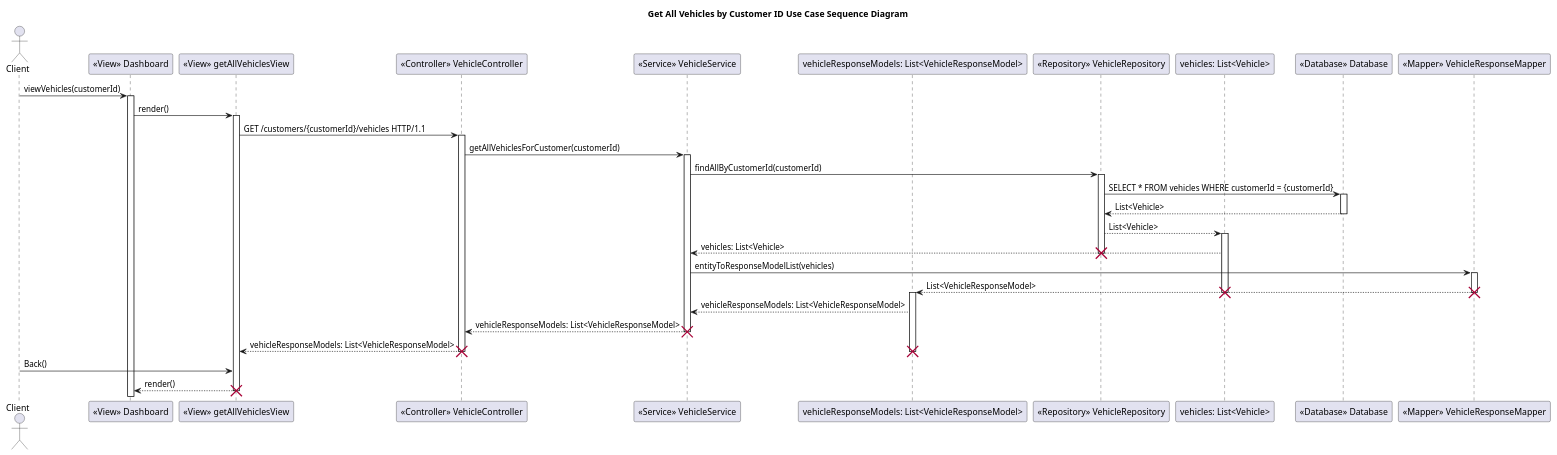
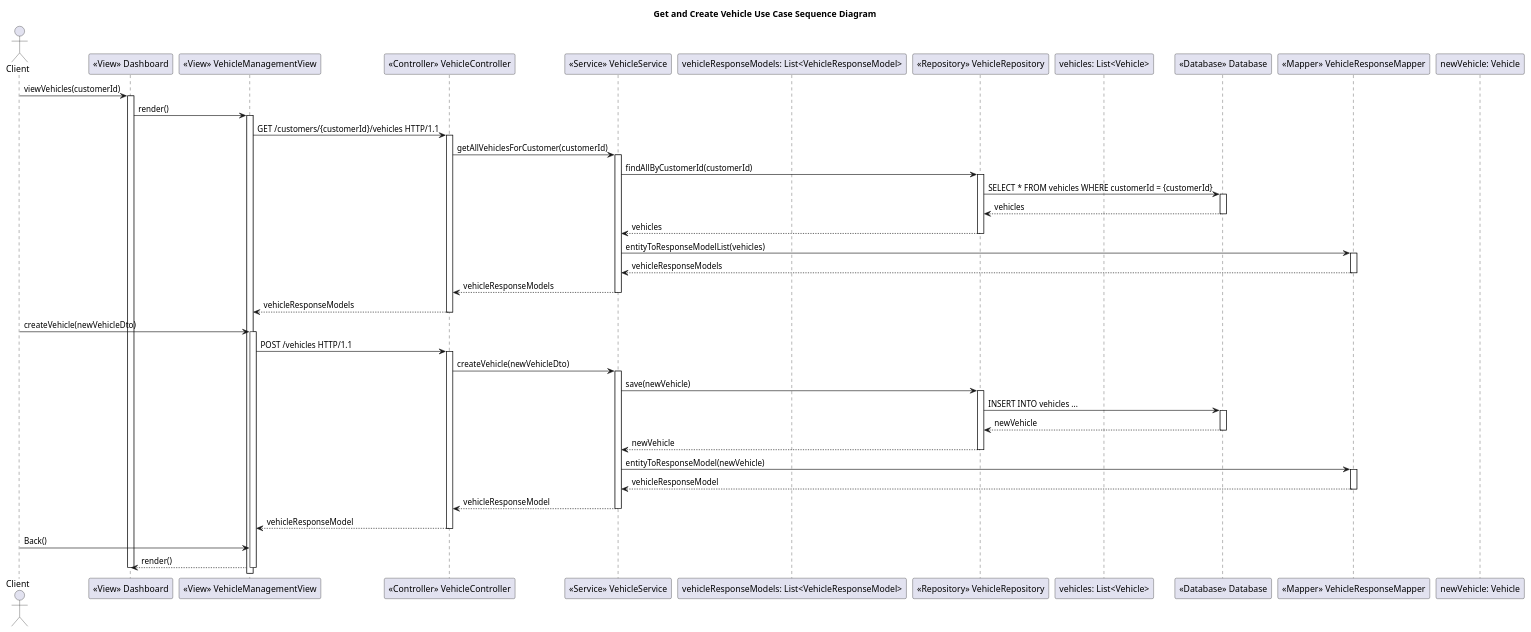
The diagram in diagrams/Vehicles/SSD.PUML (Iantomasi/ateliermecanique-ws), drawn with PlantUML before and after one commit.

Commit message:
Added the Diagrams

```diff
--- a/diagrams/Vehicles/SSD.PUML
+++ b/diagrams/Vehicles/SSD.PUML
@@ -1,79 +1,83 @@
 @startuml
 
-title Get All Vehicles by Customer ID Use Case Sequence Diagram
+title Get and Create Vehicle Use Case Sequence Diagram
 
 actor Client as "Client"
 
 participant Dashboard as "<<View>> Dashboard"
 
-participant getAllVehiclesView as "<<View>> getAllVehiclesView"
+participant VehicleManagementView as "<<View>> VehicleManagementView"
 
 participant VehicleController as "<<Controller>> VehicleController"
 
 participant VehicleService as "<<Service>> VehicleService"
 
 participant vehicleResponseModels as "vehicleResponseModels: List<VehicleResponseModel>"
 
 participant VehicleRepository as "<<Repository>> VehicleRepository"
 
 participant vehicles as "vehicles: List<Vehicle>"
 
 participant Database as "<<Database>> Database"
 
 participant VehicleResponseMapper as "<<Mapper>> VehicleResponseMapper"
 
+participant NewVehicle as "newVehicle: Vehicle"
+
+' Get All Vehicles by Customer ID
 Client -> Dashboard: viewVehicles(customerId)
 activate Dashboard
-Dashboard -> getAllVehiclesView: render()
-activate getAllVehiclesView
-getAllVehiclesView -> VehicleController: GET /customers/{customerId}/vehicles HTTP/1.1
+Dashboard -> VehicleManagementView: render()
+activate VehicleManagementView
+VehicleManagementView -> VehicleController: GET /customers/{customerId}/vehicles HTTP/1.1
 activate VehicleController
 VehicleController -> VehicleService: getAllVehiclesForCustomer(customerId)
+activate VehicleService
+VehicleService -> VehicleRepository: findAllByCustomerId(customerId)
+activate VehicleRepository
+VehicleRepository -> Database: SELECT * FROM vehicles WHERE customerId = {customerId}
+activate Database
+Database --> VehicleRepository: vehicles
+deactivate Database
+VehicleRepository --> VehicleService: vehicles
+deactivate VehicleRepository
+VehicleService -> VehicleResponseMapper: entityToResponseModelList(vehicles)
+activate VehicleResponseMapper
+VehicleResponseMapper --> VehicleService: vehicleResponseModels
+deactivate VehicleResponseMapper
+VehicleService --> VehicleController : vehicleResponseModels
+deactivate VehicleService
+VehicleController --> VehicleManagementView : vehicleResponseModels
+deactivate VehicleController
 
+' Create New Vehicle
+Client -> VehicleManagementView: createVehicle(newVehicleDto)
+activate VehicleManagementView
+VehicleManagementView -> VehicleController: POST /vehicles HTTP/1.1
+activate VehicleController
+VehicleController -> VehicleService: createVehicle(newVehicleDto)
 activate VehicleService
+VehicleService -> VehicleRepository: save(newVehicle)
+activate VehicleRepository
+VehicleRepository -> Database: INSERT INTO vehicles ...
+activate Database
+Database --> VehicleRepository: newVehicle
+deactivate Database
+VehicleRepository --> VehicleService: newVehicle
+deactivate VehicleRepository
+VehicleService -> VehicleResponseMapper: entityToResponseModel(newVehicle)
+activate VehicleResponseMapper
+VehicleResponseMapper --> VehicleService: vehicleResponseModel
+deactivate VehicleResponseMapper
+VehicleService --> VehicleController : vehicleResponseModel
+deactivate VehicleService
+VehicleController --> VehicleManagementView : vehicleResponseModel
+deactivate VehicleController
 
-VehicleService -> VehicleRepository: findAllByCustomerId(customerId)
-
-activate VehicleRepository
-
-VehicleRepository -> Database: SELECT * FROM vehicles WHERE customerId = {customerId}
-
-activate Database
-
-Database --> VehicleRepository: List<Vehicle>
-
-deactivate Database
-VehicleRepository --> vehicles : List<Vehicle>
-activate vehicles
-vehicles --> VehicleService: vehicles: List<Vehicle>
-
-destroy VehicleRepository
-
-VehicleService -> VehicleResponseMapper: entityToResponseModelList(vehicles)
-
-activate VehicleResponseMapper
-
-VehicleResponseMapper --> vehicleResponseModels: List<VehicleResponseModel>
-destroy vehicles
-
-activate vehicleResponseModels
-
-destroy VehicleResponseMapper
-
-vehicleResponseModels --> VehicleService : vehicleResponseModels: List<VehicleResponseModel>
-
-VehicleService --> VehicleController : vehicleResponseModels: List<VehicleResponseModel>
-
-destroy VehicleService
-
-VehicleController --> getAllVehiclesView : vehicleResponseModels: List<VehicleResponseModel>
-
-destroy vehicleResponseModels
-destroy VehicleController
-
-Client -> getAllVehiclesView: Back()
-
-getAllVehiclesView --> Dashboard: render()
-destroy getAllVehiclesView
+' Return back to dashboard
+Client -> VehicleManagementView: Back()
+VehicleManagementView --> Dashboard: render()
+deactivate VehicleManagementView
+deactivate Dashboard
 
 @enduml
```
